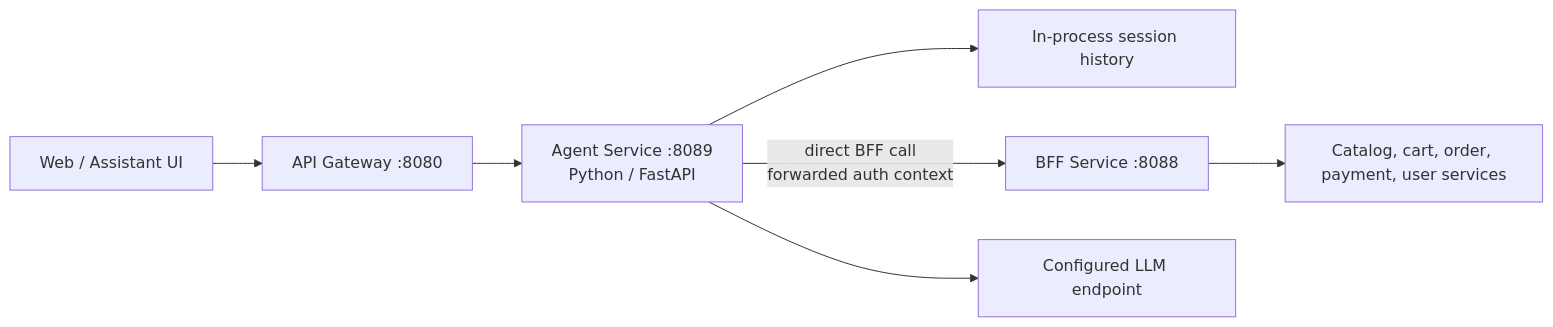
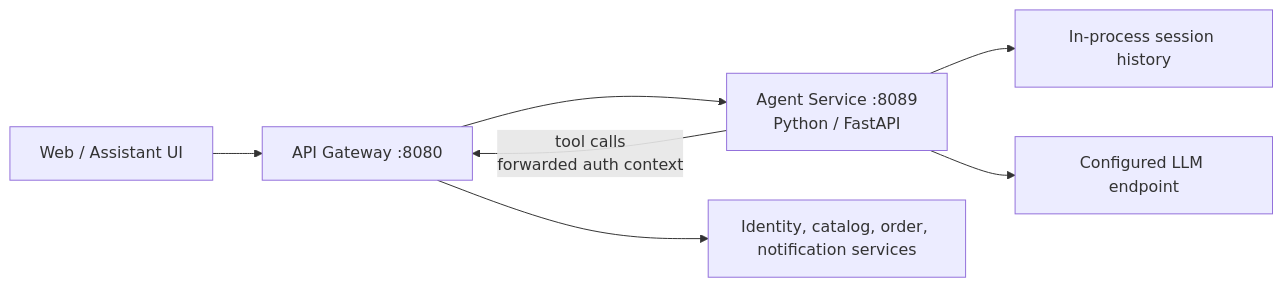
Before and after one commit to yashrajoria/E-Commerce-backend: the first of 2 diagrams in backend/services/agent-service/README.md, drawn with Mermaid. The commit also changed other lines of this file and 6 other files, not shown here.

First line of the commit message:
chore: add DynamoDB seed tooling, update agent-service deps and docs

````diff
--- a/backend/services/agent-service/README.md
+++ b/backend/services/agent-service/README.md
@@ -15,9 +15,9 @@
 ```mermaid
 flowchart LR
   Client[Web / Assistant UI] --> Gateway[API Gateway :8080]
   Gateway --> Agent[Agent Service :8089\nPython / FastAPI]
   Agent --> Session[In-process session history]
-  Agent -->|direct BFF call\nforwarded auth context| BFF[BFF Service :8088]
-  BFF --> Domain[Catalog, cart, order, payment, user services]
+  Agent -->|tool calls\nforwarded auth context| Gateway
+  Gateway --> Domain[Identity, catalog, order, notification services]
   Agent --> LLM[Configured LLM endpoint]
 ```
````
